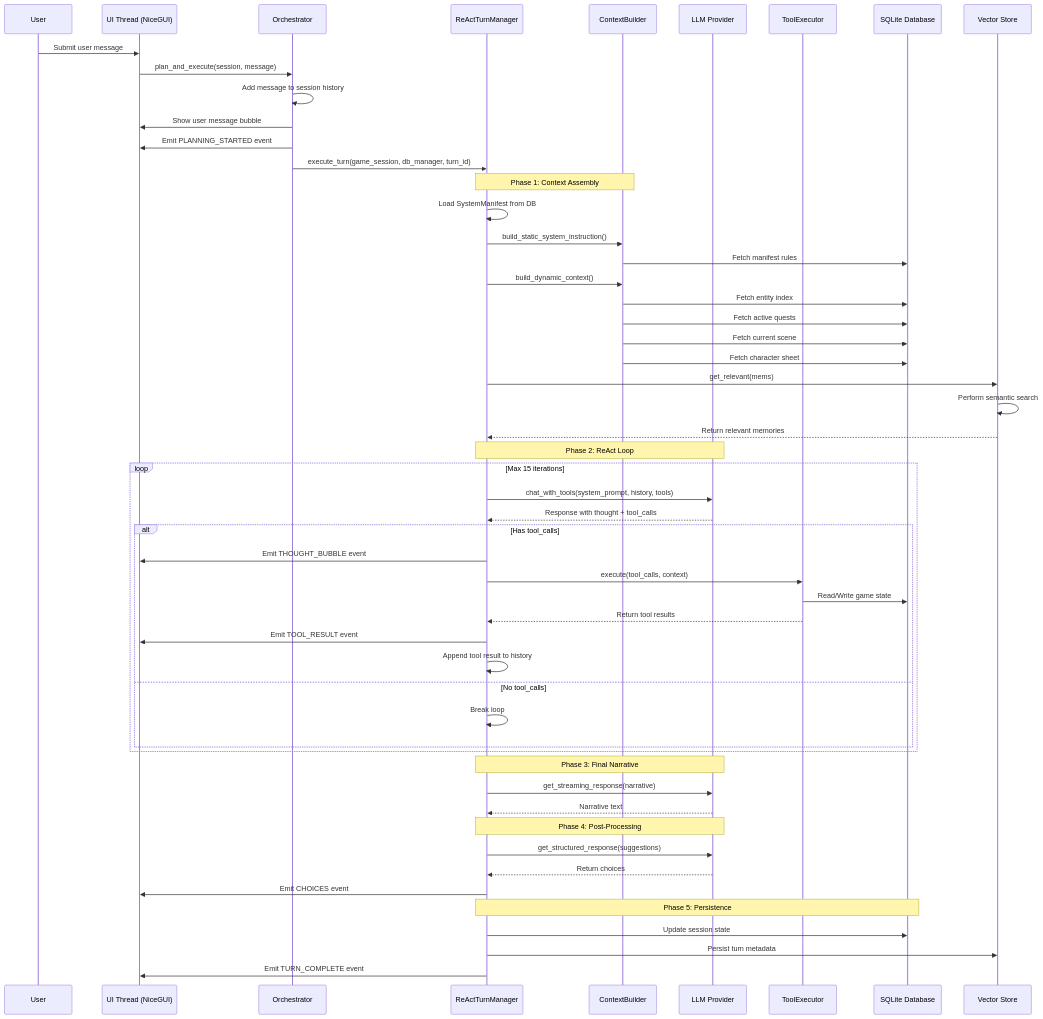
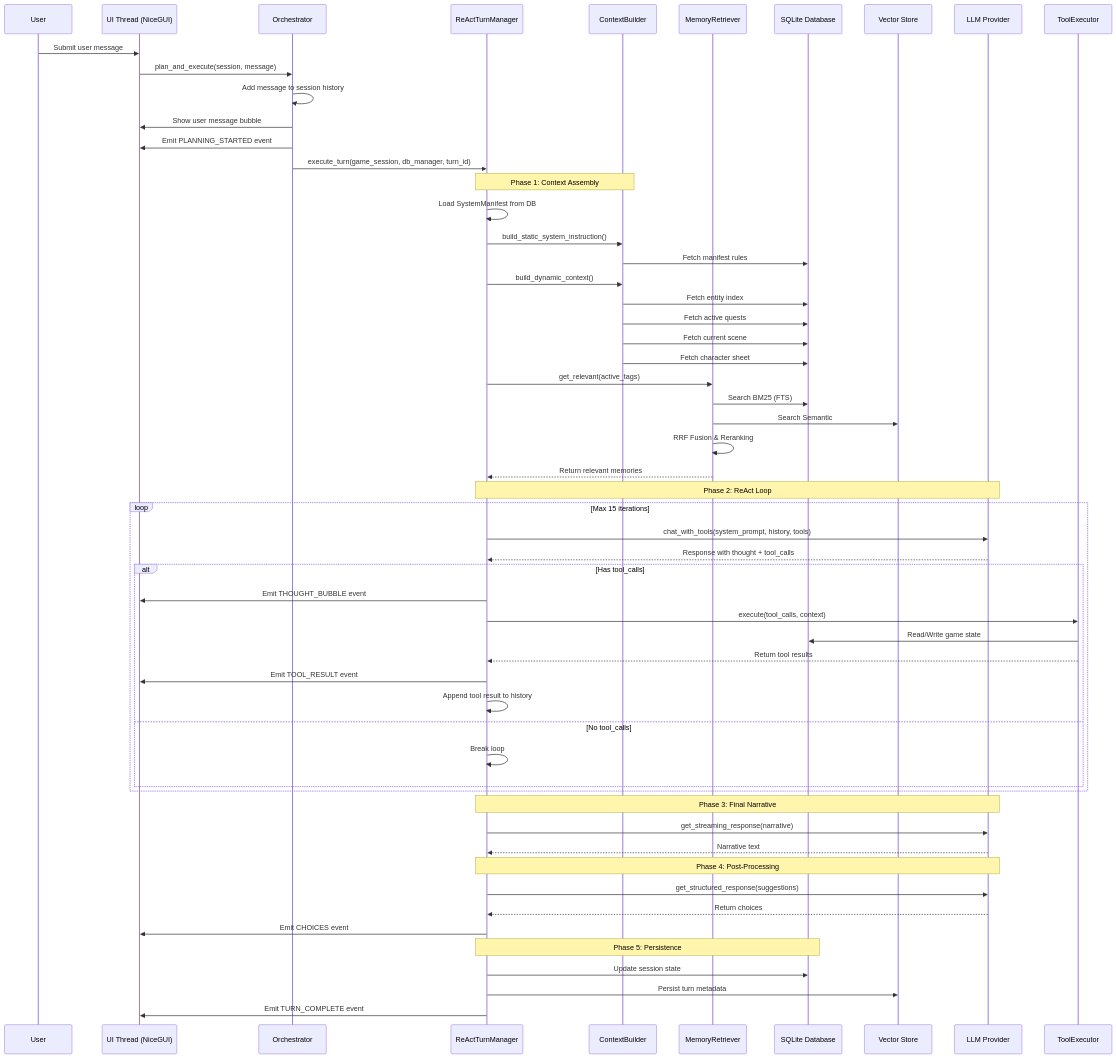
The second of 8 diagrams in docs/architecture-flows.md (ThiagoRibas-dev/ai_rpg), drawn with Mermaid before and after one commit. The commit also changed other lines of this file and 11 other files, not shown here.

Commit message:
feat : minor fixes and formatting. Refactored the memory search system into a Hybrid Search → RRF → Reranking process

````diff
--- a/docs/architecture-flows.md
+++ b/docs/architecture-flows.md
@@ -66,63 +66,66 @@
 ```mermaid
 sequenceDiagram
     participant User
     participant UI as UI Thread (NiceGUI)
     participant Orch as Orchestrator
     participant TM as ReActTurnManager
     participant CB as ContextBuilder
+    participant MR as MemoryRetriever
+    participant DB as SQLite Database
+    participant VS as Vector Store
     participant LLM as LLM Provider
     participant TE as ToolExecutor
-    participant DB as SQLite Database
-    participant VS as Vector Store
 
     User->>UI: Submit user message
     UI->>Orch: plan_and_execute(session, message)
     Orch->>Orch: Add message to session history
     Orch->>UI: Show user message bubble
     Orch->>UI: Emit PLANNING_STARTED event
     Orch->>TM: execute_turn(game_session, db_manager, turn_id)
     
     Note over TM,CB: Phase 1: Context Assembly
     TM->>TM: Load SystemManifest from DB
     TM->>CB: build_static_system_instruction()
     CB->>DB: Fetch manifest rules
     TM->>CB: build_dynamic_context()
     CB->>DB: Fetch entity index
     CB->>DB: Fetch active quests
     CB->>DB: Fetch current scene
     CB->>DB: Fetch character sheet
-    TM->>VS: get_relevant(mems)
-    VS->>VS: Perform semantic search
-    VS-->>TM: Return relevant memories
+    TM->>MR: get_relevant(active_tags)
+    MR->>DB: Search BM25 (FTS)
+    MR->>VS: Search Semantic
+    MR->>MR: RRF Fusion & Reranking
+    MR-->>TM: Return relevant memories
     
     Note over TM,LLM: Phase 2: ReAct Loop
     loop Max 15 iterations
         TM->>LLM: chat_with_tools(system_prompt, history, tools)
         LLM-->>TM: Response with thought + tool_calls
         
         alt Has tool_calls
             TM->>UI: Emit THOUGHT_BUBBLE event
             TM->>TE: execute(tool_calls, context)
             TE->>DB: Read/Write game state
             TE-->>TM: Return tool results
             TM->>UI: Emit TOOL_RESULT event
             TM->>TM: Append tool result to history
         else No tool_calls
             TM->>TM: Break loop
         end
     end
     
     Note over TM,LLM: Phase 3: Final Narrative
     TM->>LLM: get_streaming_response(narrative)
     LLM-->>TM: Narrative text
     
     Note over TM,LLM: Phase 4: Post-Processing
     TM->>LLM: get_structured_response(suggestions)
     LLM-->>TM: Return choices
     TM->>UI: Emit CHOICES event
     
     Note over TM,DB: Phase 5: Persistence
     TM->>DB: Update session state
     TM->>VS: Persist turn metadata
     TM->>UI: Emit TURN_COMPLETE event
 ```
````
